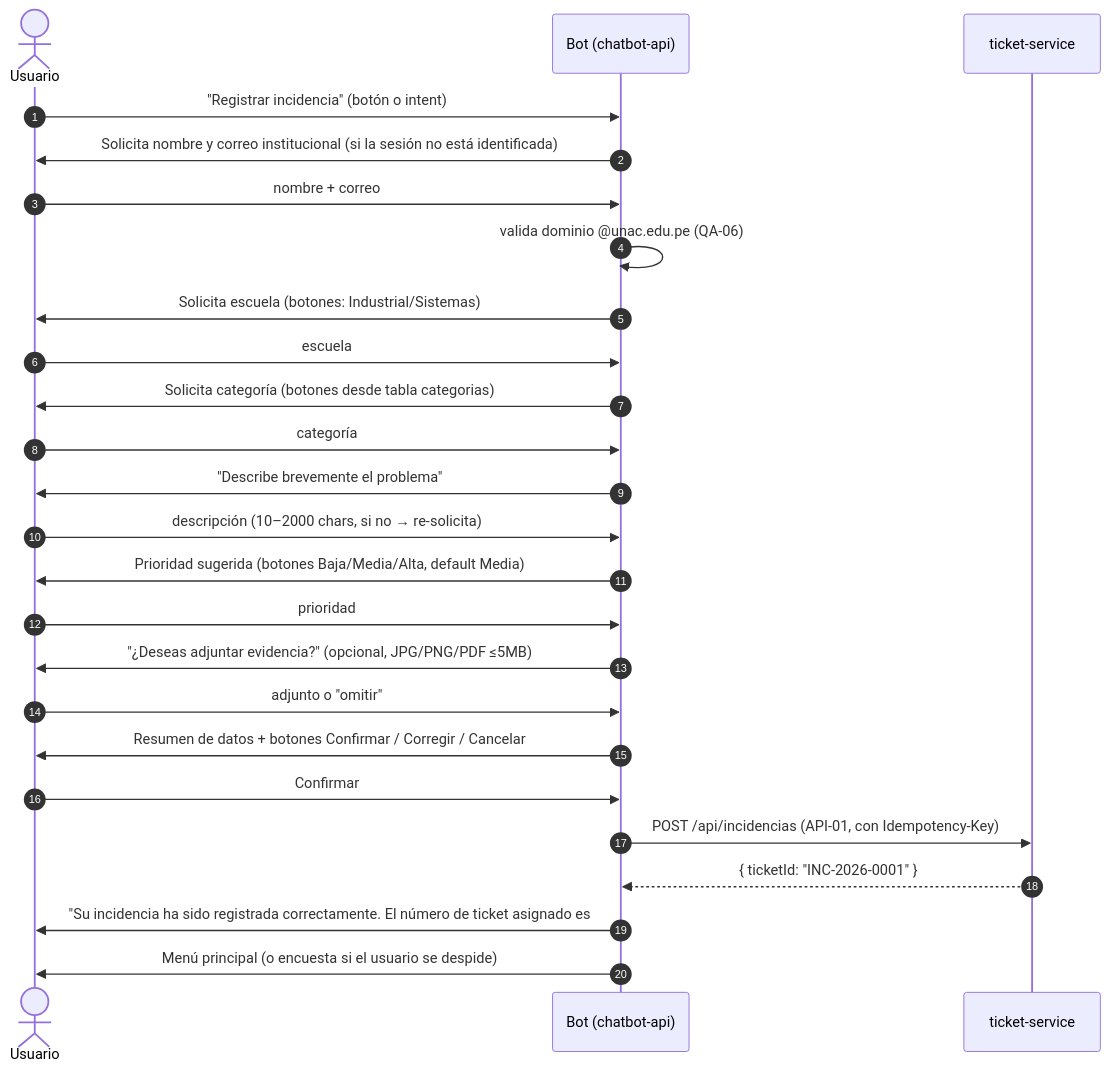
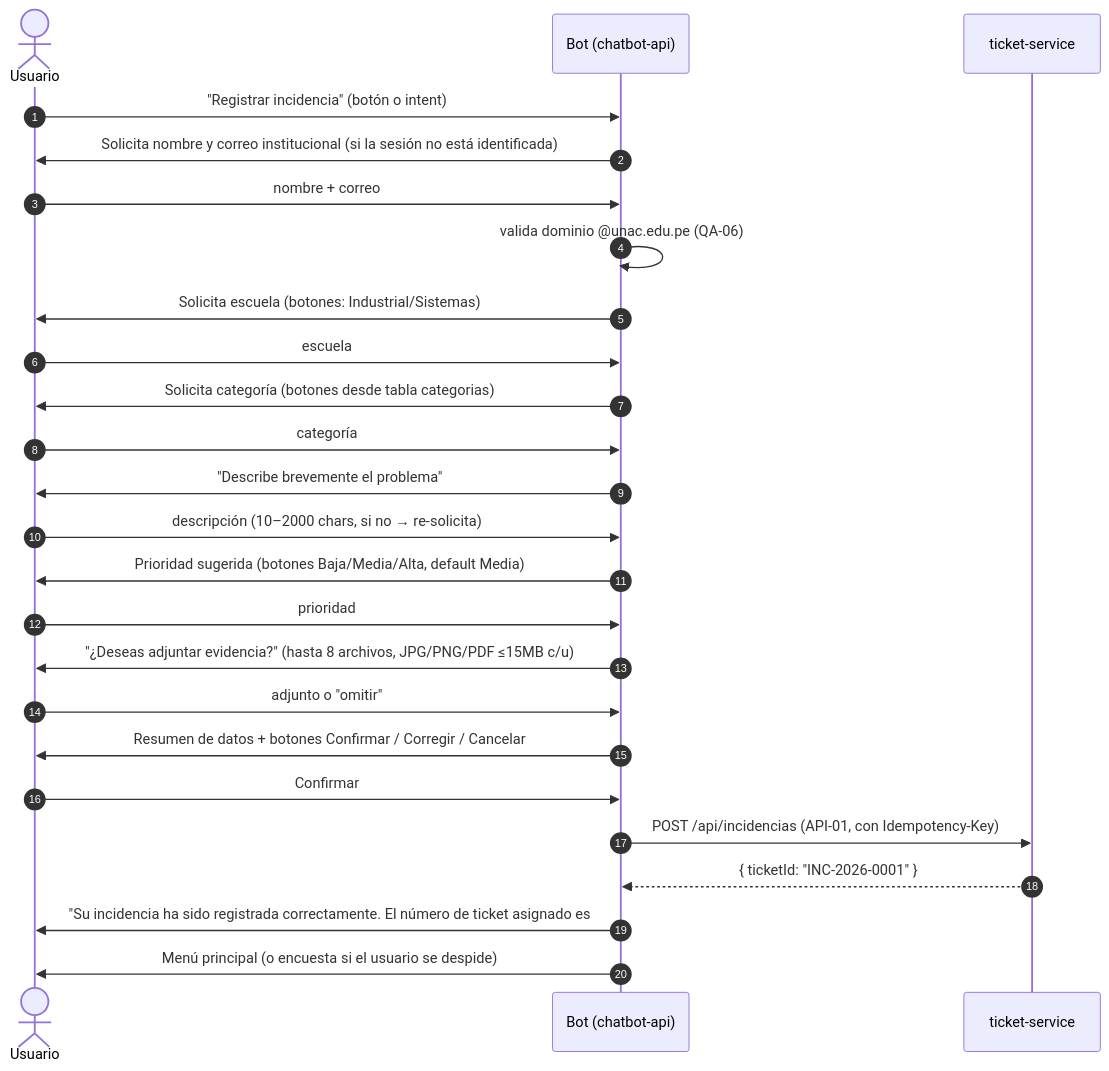
The second of 7 diagrams in prd/05-flujos-conversacionales.md (Selene-28/chatbot_gestion_incidencias), drawn with Mermaid before and after one commit. The commit also changed 23 other files, not shown here.

````diff
--- a/prd/05-flujos-conversacionales.md
+++ b/prd/05-flujos-conversacionales.md
@@ -36,28 +36,28 @@
 ```mermaid
 sequenceDiagram
     autonumber
     actor U as Usuario
     participant B as Bot (chatbot-api)
     participant T as ticket-service
 
     U->>B: "Registrar incidencia" (botón o intent)
     B->>U: Solicita nombre y correo institucional (si la sesión no está identificada)
     U->>B: nombre + correo
     B->>B: valida dominio @unac.edu.pe (QA-06)
     B->>U: Solicita escuela (botones: Industrial/Sistemas)
     U->>B: escuela
     B->>U: Solicita categoría (botones desde tabla categorias)
     U->>B: categoría
     B->>U: "Describe brevemente el problema"
     U->>B: descripción (10–2000 chars, si no → re-solicita)
     B->>U: Prioridad sugerida (botones Baja/Media/Alta, default Media)
     U->>B: prioridad
-    B->>U: "¿Deseas adjuntar evidencia?" (opcional, JPG/PNG/PDF ≤5MB)
+    B->>U: "¿Deseas adjuntar evidencia?" (hasta 8 archivos, JPG/PNG/PDF ≤15MB c/u)
     U->>B: adjunto o "omitir"
     B->>U: Resumen de datos + botones Confirmar / Corregir / Cancelar
     U->>B: Confirmar
     B->>T: POST /api/incidencias (API-01, con Idempotency-Key)
     T-->>B: { ticketId: "INC-2026-0001" }
     B->>U: "Su incidencia ha sido registrada correctamente. El número de ticket asignado es #INC-2026-0001..."
     B->>U: Menú principal (o encuesta si el usuario se despide)
 ```
````
